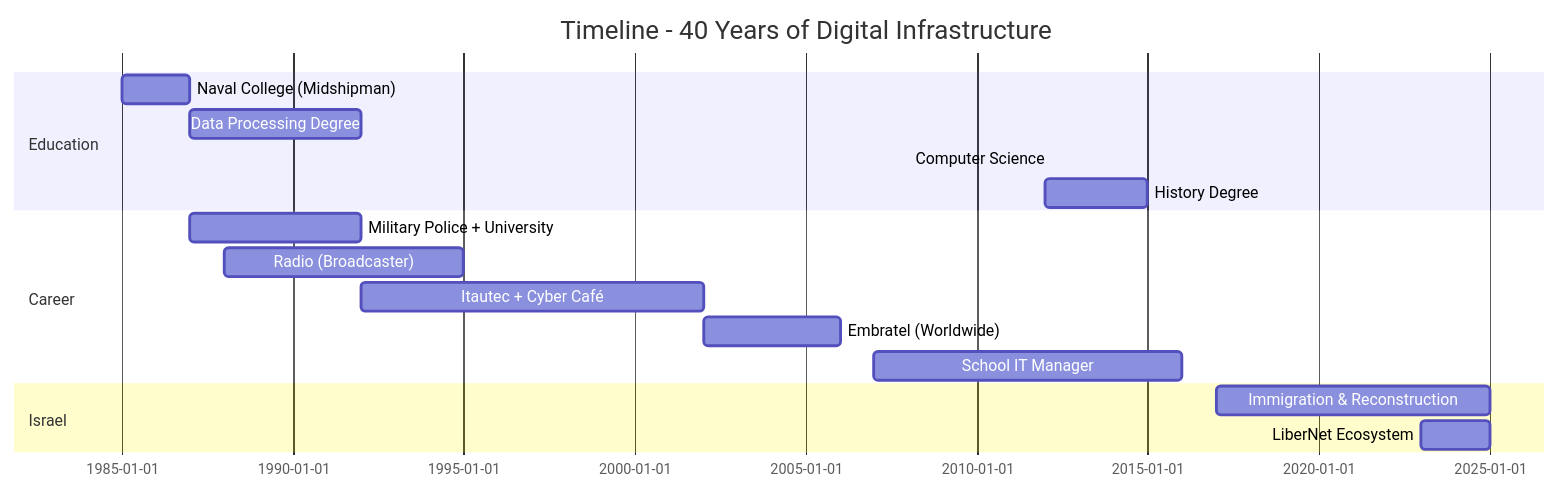
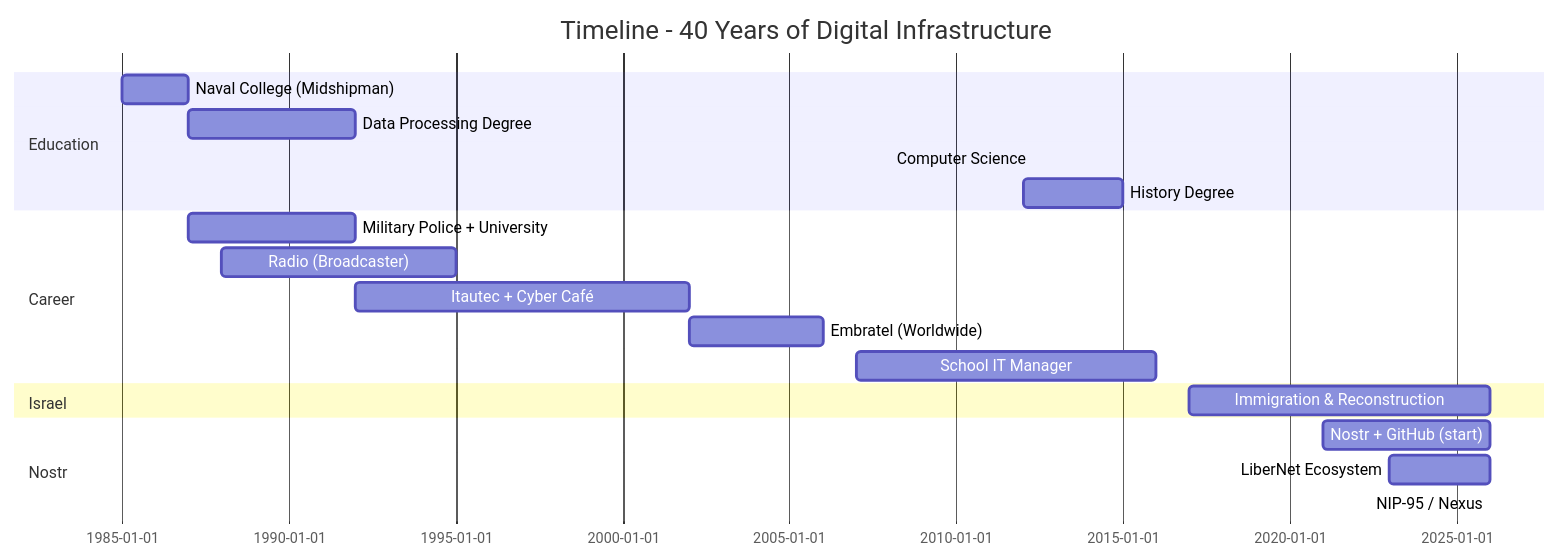
One commit to lucianocasalunga/lucianocasalunga changed the diagram in README.md. Above: the diagram before and after it, drawn with Mermaid. The commit also changed other lines of this file, not shown here.

First line of the commit message:
Add Nostr journey (2021-today) and NIPs implemented in LiberNet

````diff
--- a/README.md
+++ b/README.md
@@ -110,19 +110,22 @@
 ```mermaid
 gantt
     title Timeline - 40 Years of Digital Infrastructure
     dateFormat YYYY
     section Education
     Naval College (Midshipman)        :1985, 1987
     Data Processing Degree            :1987, 1992
     Computer Science                  :2008, 2008
     History Degree                    :2012, 2015
     section Career
     Military Police + University      :1987, 1992
     Radio (Broadcaster)               :1988, 1995
     Itautec + Cyber Café             :1992, 2002
     Embratel (Worldwide)             :2002, 2006
     School IT Manager                :2007, 2016
     section Israel
-    Immigration & Reconstruction     :2017, 2025
-    LiberNet Ecosystem               :2023, 2025
+    Immigration & Reconstruction     :2017, 2026
+    section Nostr
+    Nostr + GitHub (start)           :2021, 2026
+    LiberNet Ecosystem               :2023, 2026
+    NIP-95 / Nexus                   :2026, 2026
 ```
````
